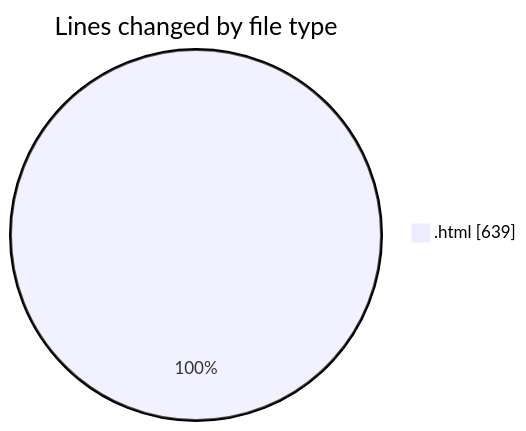
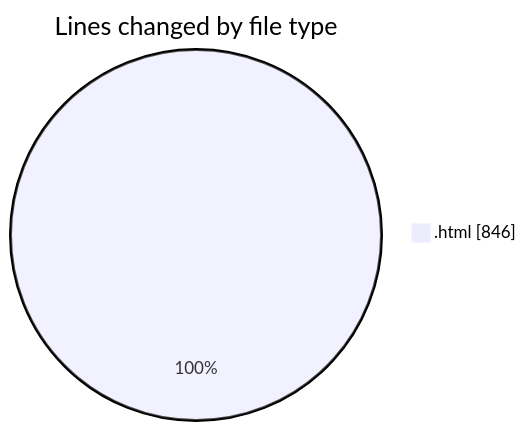
The first of 2 diagrams in 2026-07-12/untitled__workspace_/README.md (shibass792/code-tracking), drawn with Mermaid before and after one commit. The commit also changed other lines of this file and 1 other file, not shown here.

````diff
--- a/2026-07-12/untitled__workspace_/README.md
+++ b/2026-07-12/untitled__workspace_/README.md
@@ -20,5 +20,5 @@
 ```mermaid
 pie showData
 title Lines changed by file type
-".html" : 639
+".html" : 846
 ```
````
